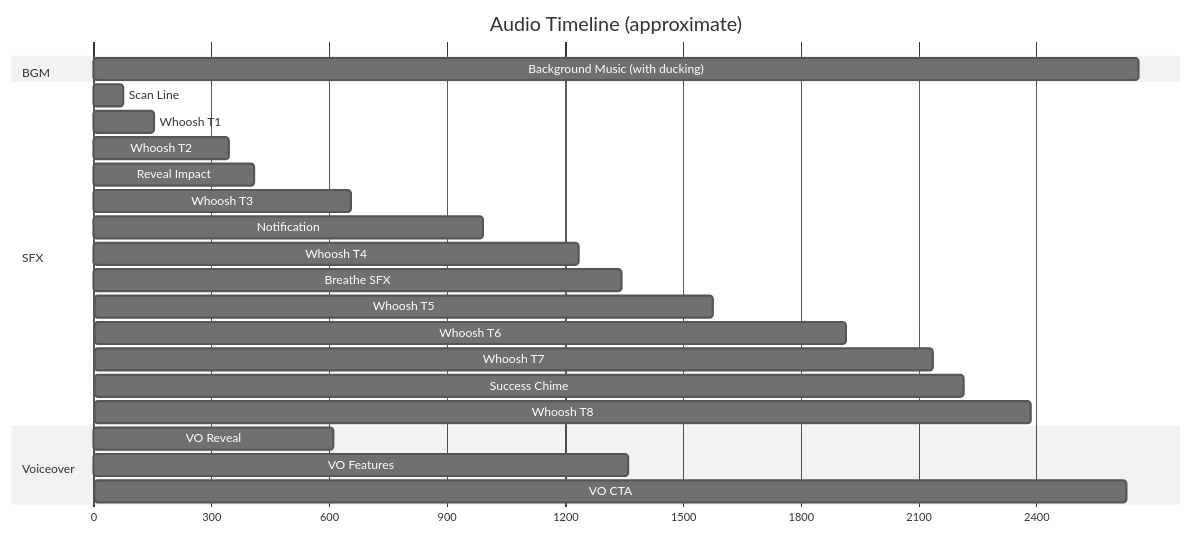
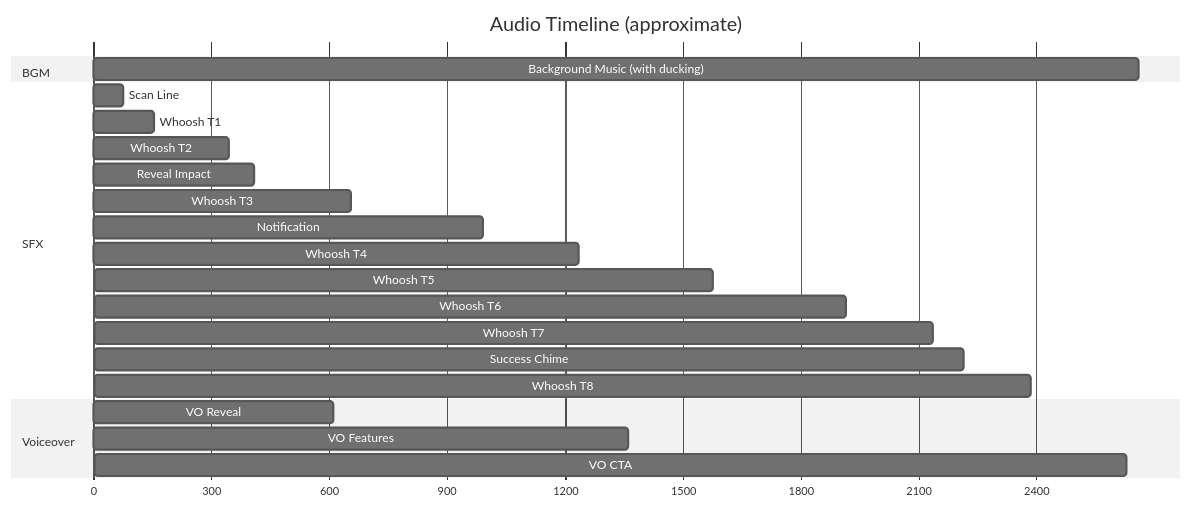
The second of 4 diagrams in README.md (ChanMeng666/echook-promo-video), drawn with Mermaid (neutral theme) before and after one commit. The commit also changed other lines of this file and 19 other files, not shown here.

````diff
--- a/README.md
+++ b/README.md
@@ -68,29 +68,28 @@
 ```mermaid
 gantt
     title Audio Timeline (approximate)
     dateFormat X
     axisFormat %s
 
     section BGM
     Background Music (with ducking) :0, 2660
 
     section SFX
     Scan Line     :15, 75
     Whoosh T1     :125, 155
     Whoosh T2     :315, 345
     Reveal Impact :335, 410
     Whoosh T3     :625, 655
     Notification  :945, 990
     Whoosh T4     :1205, 1235
-    Breathe SFX   :1225, 1345
     Whoosh T5     :1545, 1575
     Whoosh T6     :1885, 1915
     Whoosh T7     :2105, 2135
     Success Chime :2170, 2215
     Whoosh T8     :2355, 2385
 
     section Voiceover
     VO Reveal     :355, 610
     VO Features   :1260, 1360
     VO CTA        :2480, 2630
 ```
````
